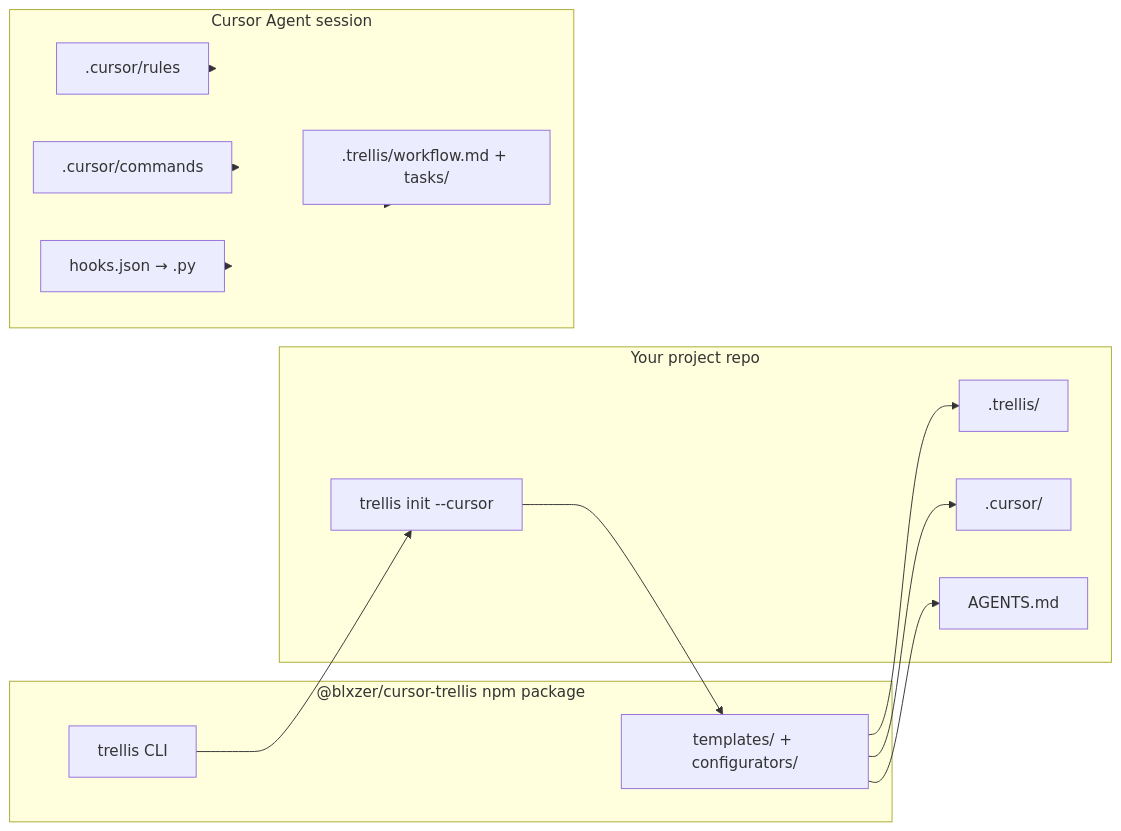
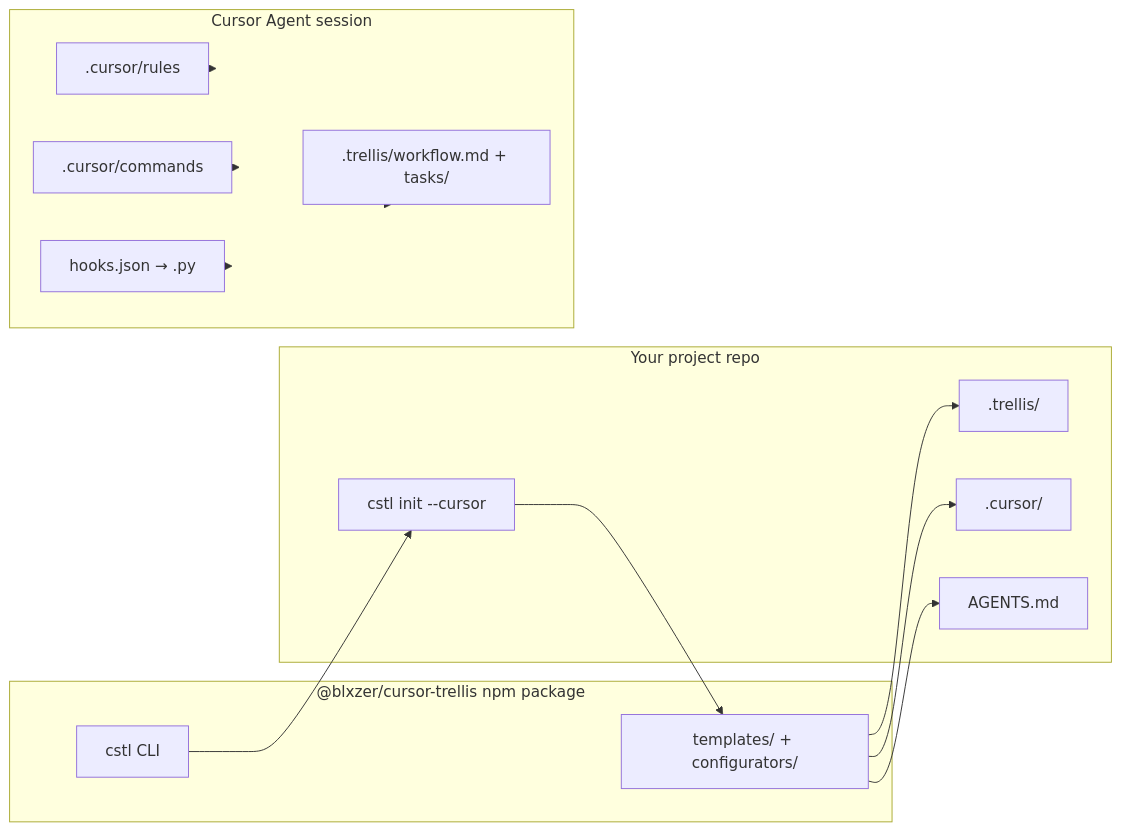
One commit to blxzer77/cursor-trellis changed the diagram in docs/architecture.md. Above: the diagram before and after it, drawn with Mermaid. The commit also changed other lines of this file and 248 other files, not shown here.

First line of the commit message:
feat(cli): release 0.3.0 cstl rename, capability smoke, and migration docs

````diff
--- a/docs/architecture.md
+++ b/docs/architecture.md
@@ -40,28 +40,28 @@
 ```mermaid
 flowchart LR
   subgraph publish["@blxzer/cursor-trellis npm package"]
-    CLI["trellis CLI"]
+    CLI["cstl CLI"]
     TPL["templates/ + configurators/"]
   end
   subgraph user["Your project repo"]
-    INIT["trellis init --cursor"]
+    INIT["cstl init --cursor"]
     TRELLIS[".trellis/"]
     CURSOR[".cursor/"]
     AGENTS["AGENTS.md"]
   end
   subgraph runtime["Cursor Agent session"]
     RULES[".cursor/rules"]
     CMDS[".cursor/commands"]
     HOOKS["hooks.json → .py"]
     WF[".trellis/workflow.md + tasks/"]
   end
   CLI --> INIT
   INIT --> TPL
   TPL --> TRELLIS
   TPL --> CURSOR
   TPL --> AGENTS
   RULES --> runtime
   CMDS --> runtime
   HOOKS --> runtime
   WF --> runtime
 ```
````
